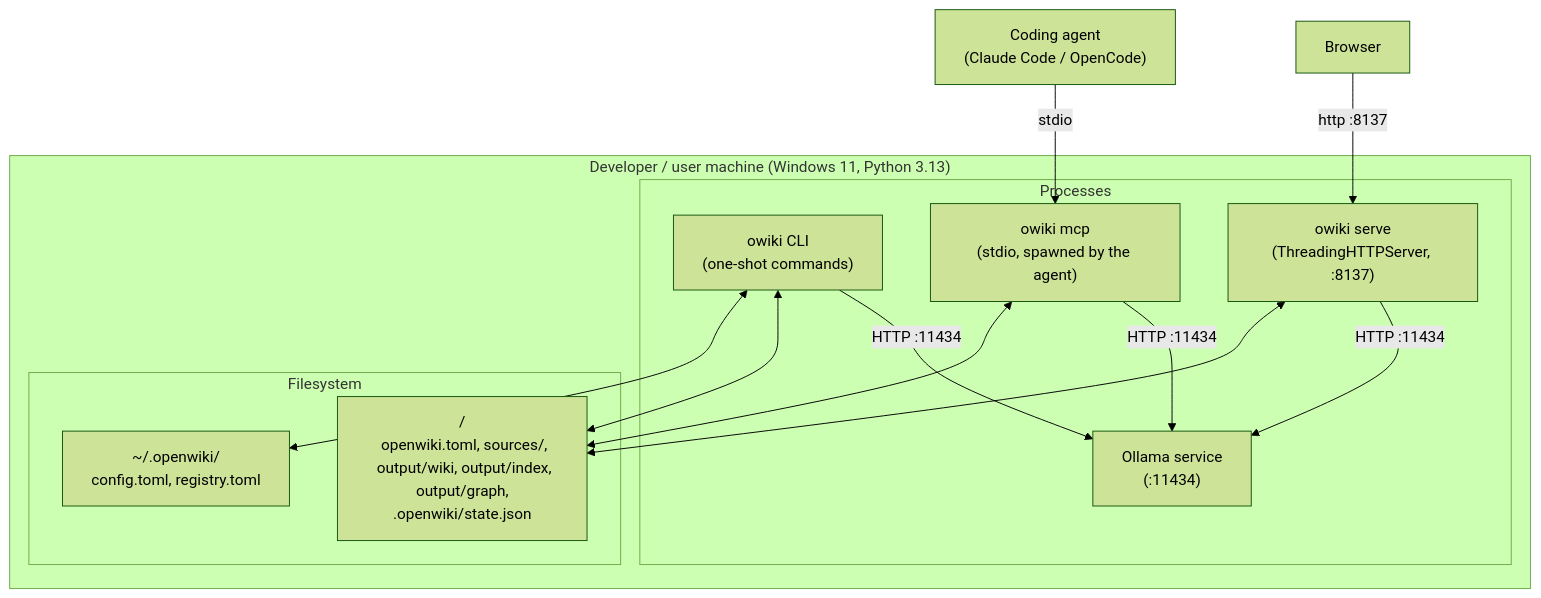
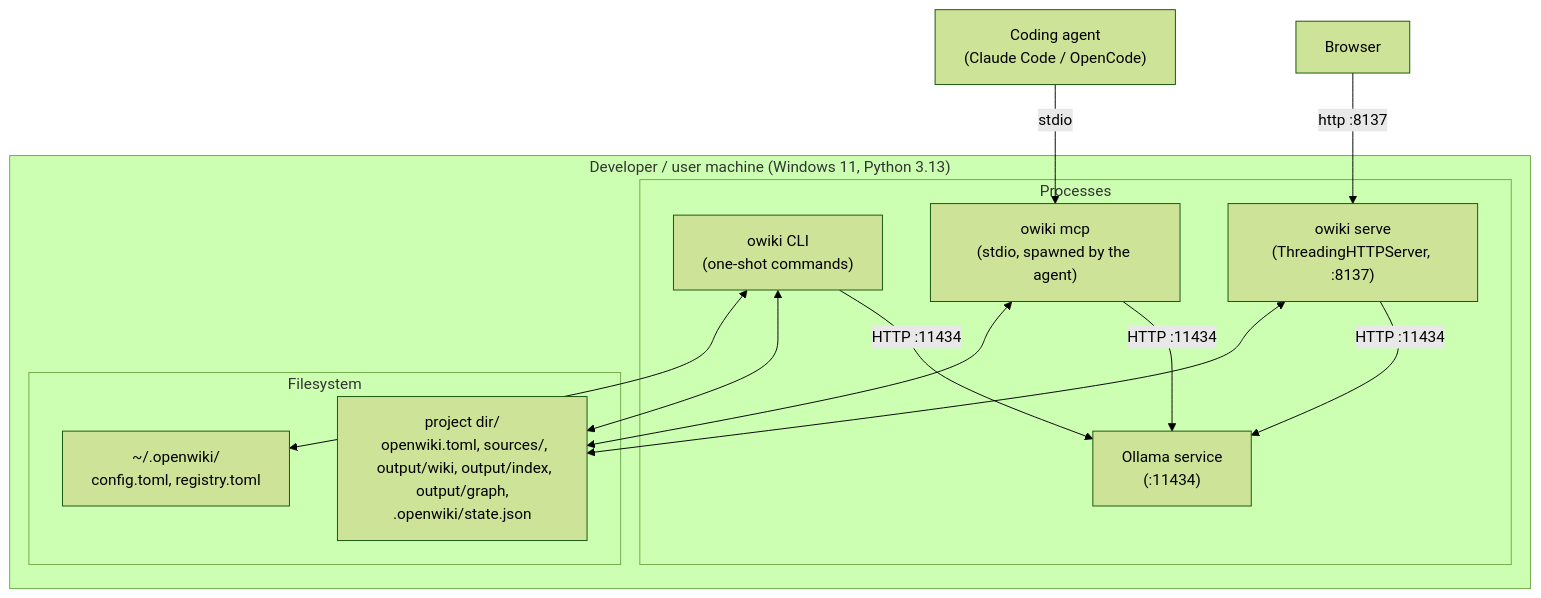
One commit to Neuroant/OpenWiki changed the diagram in docs/arc42/07-deployment-view.md. Above: the diagram before and after it, drawn with Mermaid (forest theme). The commit also changed other lines of this file and 2 other files, not shown here.

````diff
--- a/docs/arc42/07-deployment-view.md
+++ b/docs/arc42/07-deployment-view.md
@@ -10,20 +10,20 @@
 ```mermaid
 flowchart TB
   subgraph host["Developer / user machine (Windows 11, Python 3.13)"]
     subgraph procs["Processes"]
       cliP["owiki CLI\n(one-shot commands)"]
       serveP["owiki serve\n(ThreadingHTTPServer, :8137)"]
       mcpP["owiki mcp\n(stdio, spawned by the agent)"]
       ollama["Ollama service\n(:11434)"]
     end
     subgraph disk["Filesystem"]
-      proj["<project>/\n openwiki.toml, sources/,\n output/wiki, output/index,\n output/graph, .openwiki/state.json"]
+      proj["project dir/\n openwiki.toml, sources/,\n output/wiki, output/index,\n output/graph, .openwiki/state.json"]
       home["~/.openwiki/\n config.toml, registry.toml"]
     end
   end
   browser["Browser"] -->|http :8137| serveP
   agentApp["Coding agent\n(Claude Code / OpenCode)"] -->|stdio| mcpP
   cliP & serveP & mcpP -->|HTTP :11434| ollama
   cliP & serveP & mcpP <--> proj
   cliP <--> home
 ```
````
